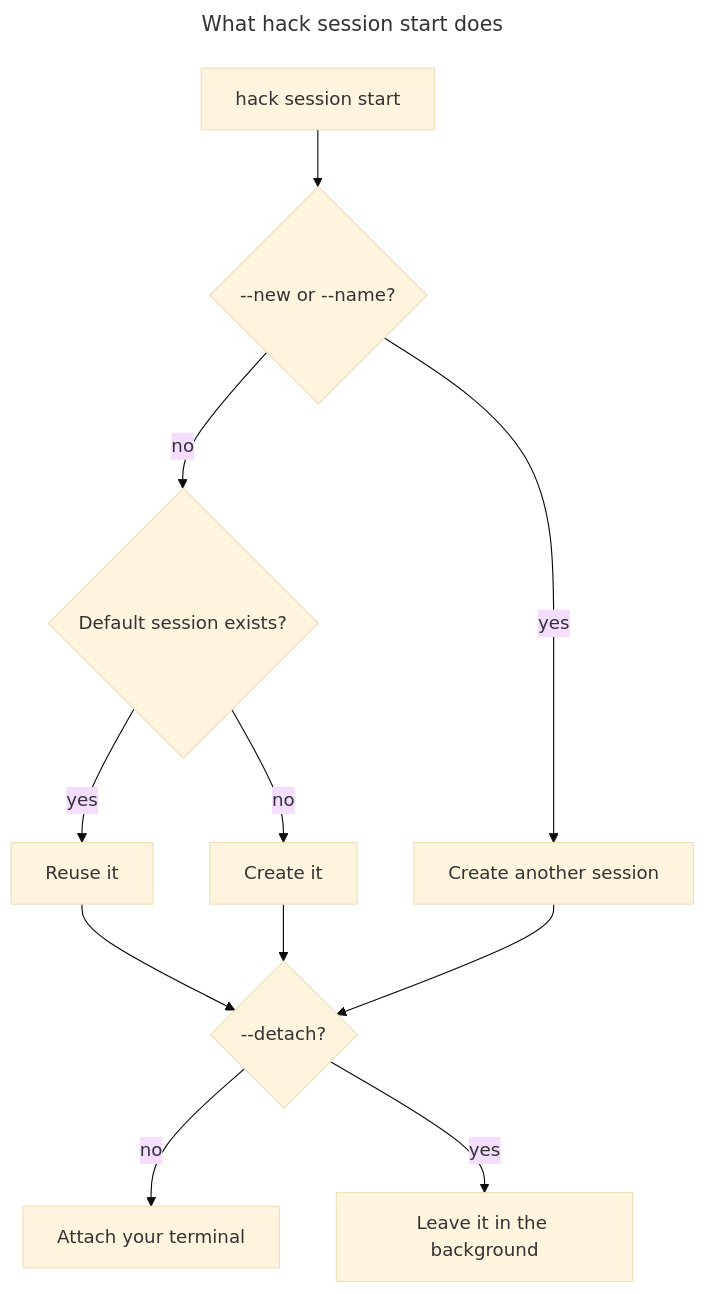
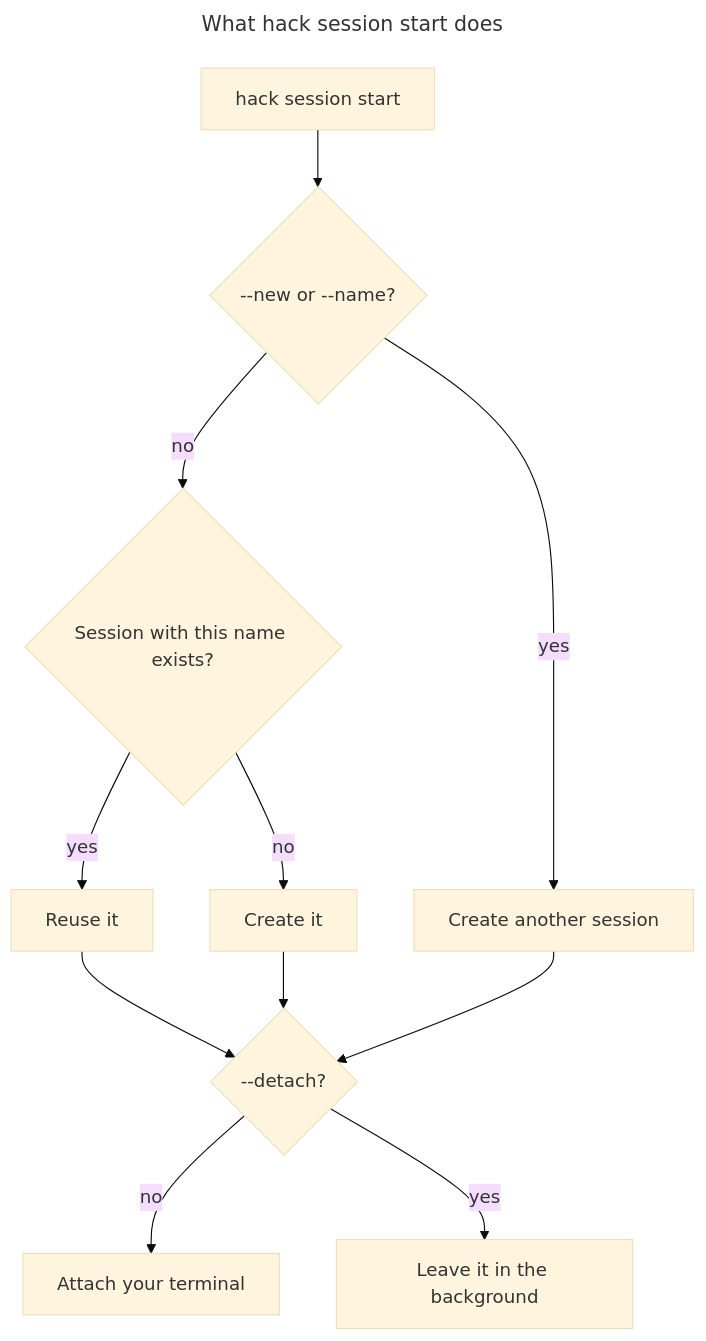
Before and after one commit to hack-dance/hack: the first of 2 diagrams in docs/sessions.md, drawn with Mermaid (base theme). The commit also changed other lines of this file, not shown here.

````diff
--- a/docs/sessions.md
+++ b/docs/sessions.md
@@ -62,16 +64,16 @@
 ```mermaid
 ---
 title: What hack session start does
 ---
 flowchart TD
   Start["hack session start"] --> Flags{"--new or --name?"}
-  Flags -->|no| Exists{"Default session exists?"}
+  Flags -->|no| Exists{"Session with this name exists?"}
   Exists -->|yes| Reuse["Reuse it"]
   Exists -->|no| Create["Create it"]
   Flags -->|yes| CreateNew["Create another session"]
   Reuse --> Detach{"--detach?"}
   Create --> Detach
   CreateNew --> Detach
   Detach -->|no| Attach["Attach your terminal"]
   Detach -->|yes| Leave["Leave it in the background"]
 ```
````
